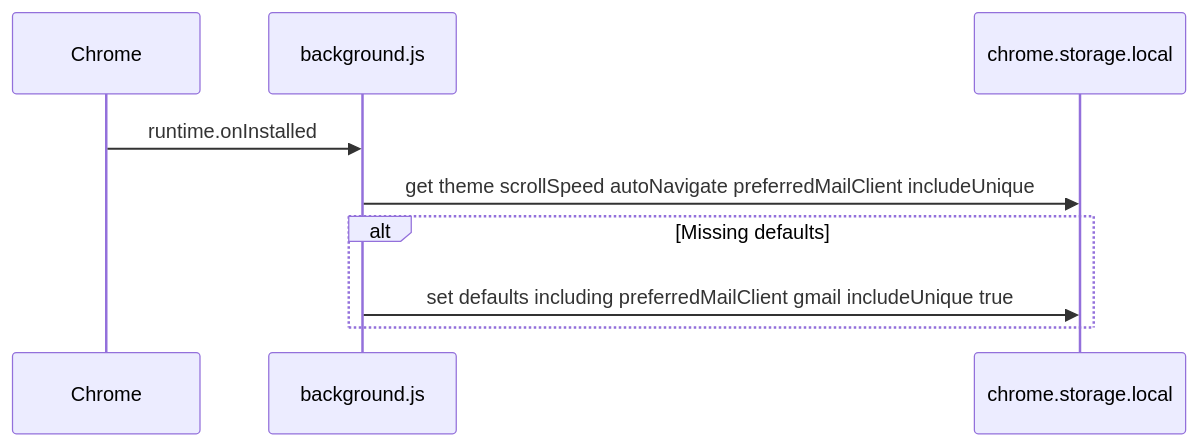
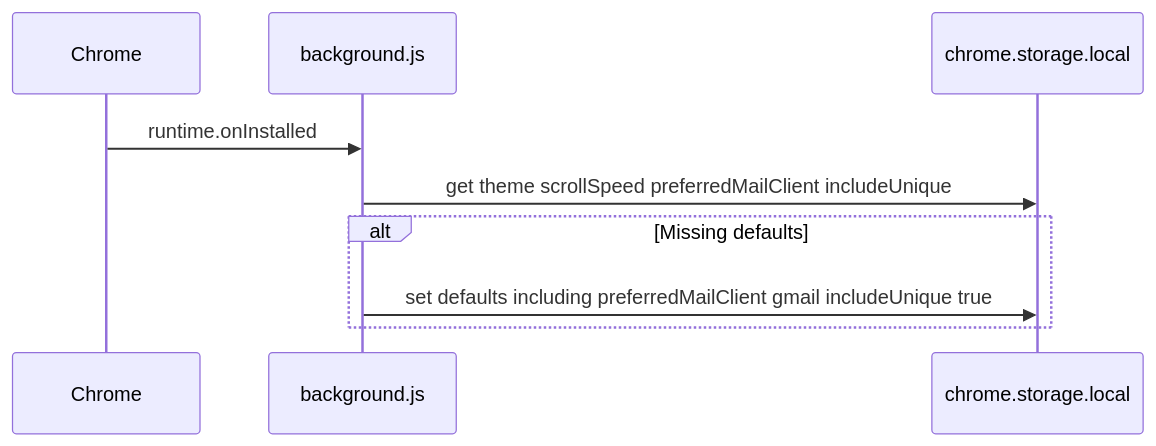
The third of 8 diagrams in docs/ARCHITECTURE.md (yagnesh97/reach-in), drawn with Mermaid before and after one commit. The commit also changed other lines of this file and 13 other files, not shown here.

First line of the commit message:
Enhance email collection flow and UI in ReachIn extension

````diff
--- a/docs/ARCHITECTURE.md
+++ b/docs/ARCHITECTURE.md
@@ -154,12 +166,12 @@
 ```mermaid
 sequenceDiagram
   participant Chrome
   participant SW as background.js
   participant Storage as chrome.storage.local
 
   Chrome->>SW: runtime.onInstalled
-  SW->>Storage: get theme scrollSpeed autoNavigate preferredMailClient includeUnique
+  SW->>Storage: get theme scrollSpeed preferredMailClient includeUnique
   alt Missing defaults
     SW->>Storage: set defaults including preferredMailClient gmail includeUnique true
   end
 ```
````
